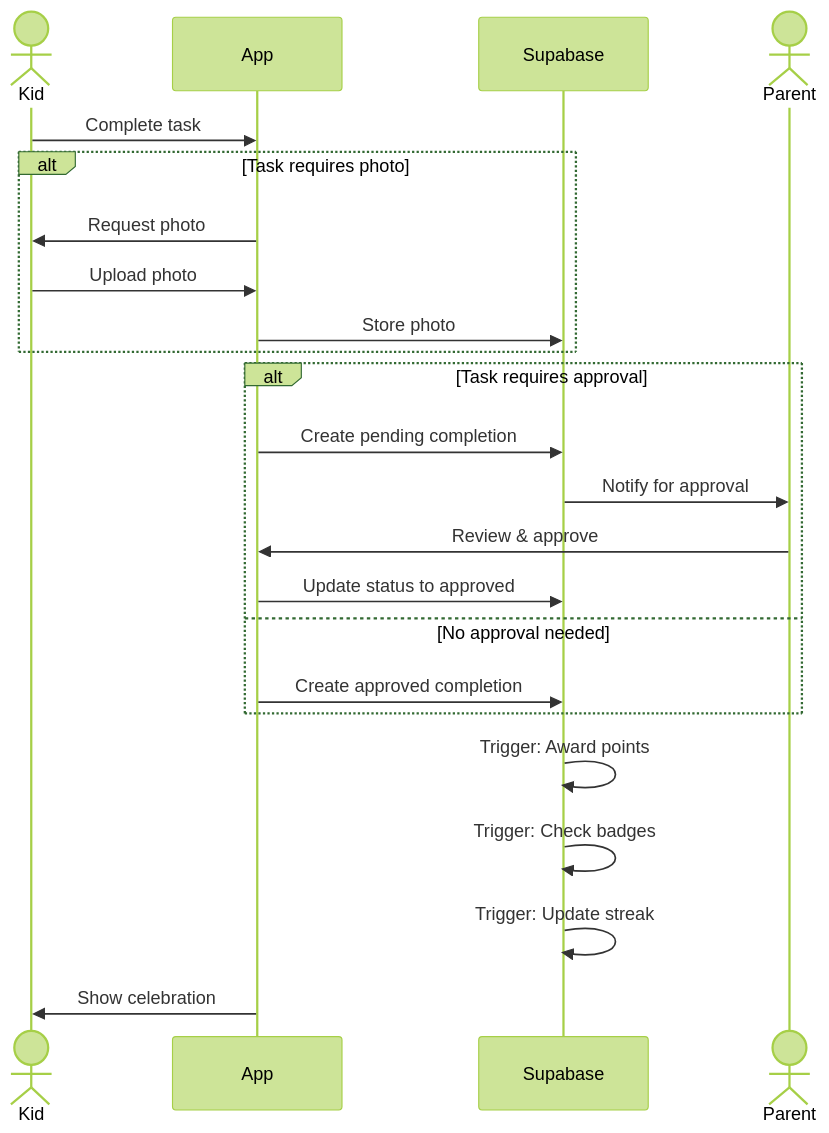
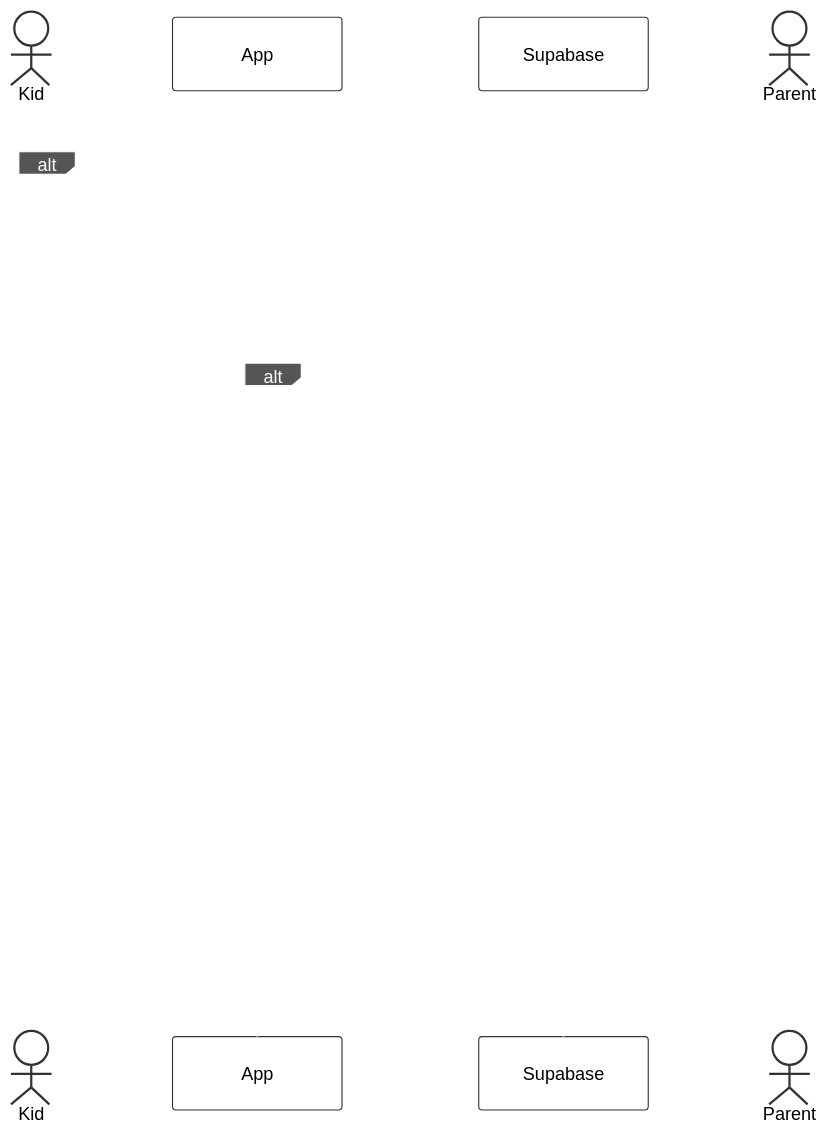
The fourth of 5 diagrams in README.md (anisha-agarwal/chore-champions), drawn with Mermaid before and after one commit. The commit also changed other lines of this file, not shown here.

Commit message:
Remove roadmap from README

````diff
--- a/README.md
+++ b/README.md
@@ -176,30 +176,30 @@
 ```mermaid
-%%{init: {'theme': 'forest'}}%%
+%%{init: {'theme': 'base', 'themeVariables': {'actorBkg': '#ffffff', 'actorBorder': '#333333', 'actorTextColor': '#000000', 'actorLineColor': '#ffffff', 'signalColor': '#ffffff', 'signalTextColor': '#ffffff', 'labelTextColor': '#ffffff', 'loopTextColor': '#ffffff', 'labelBoxBkgColor': '#555555', 'labelBoxBorderColor': '#ffffff', 'noteBkgColor': '#ffffcc', 'noteTextColor': '#000000', 'noteBorderColor': '#ffffff', 'activationBkgColor': '#f0f0f0', 'activationBorderColor': '#ffffff'}}}%%
 sequenceDiagram
     actor Kid
     participant App
     participant DB as Supabase
     actor Parent
 
     Kid->>App: Complete task
 
     alt Task requires photo
         App->>Kid: Request photo
         Kid->>App: Upload photo
         App->>DB: Store photo
     end
 
     alt Task requires approval
         App->>DB: Create pending completion
         DB->>Parent: Notify for approval
         Parent->>App: Review & approve
         App->>DB: Update status to approved
     else No approval needed
         App->>DB: Create approved completion
     end
 
     DB->>DB: Trigger: Award points
     DB->>DB: Trigger: Check badges
     DB->>DB: Trigger: Update streak
     App->>Kid: Show celebration
 ```
````
